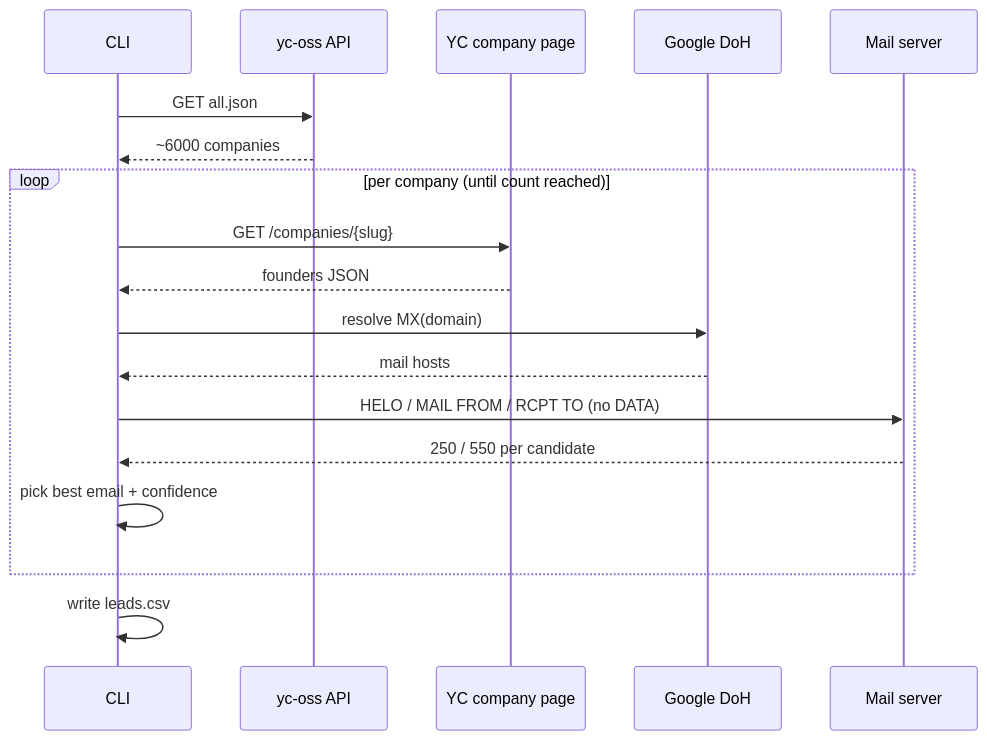
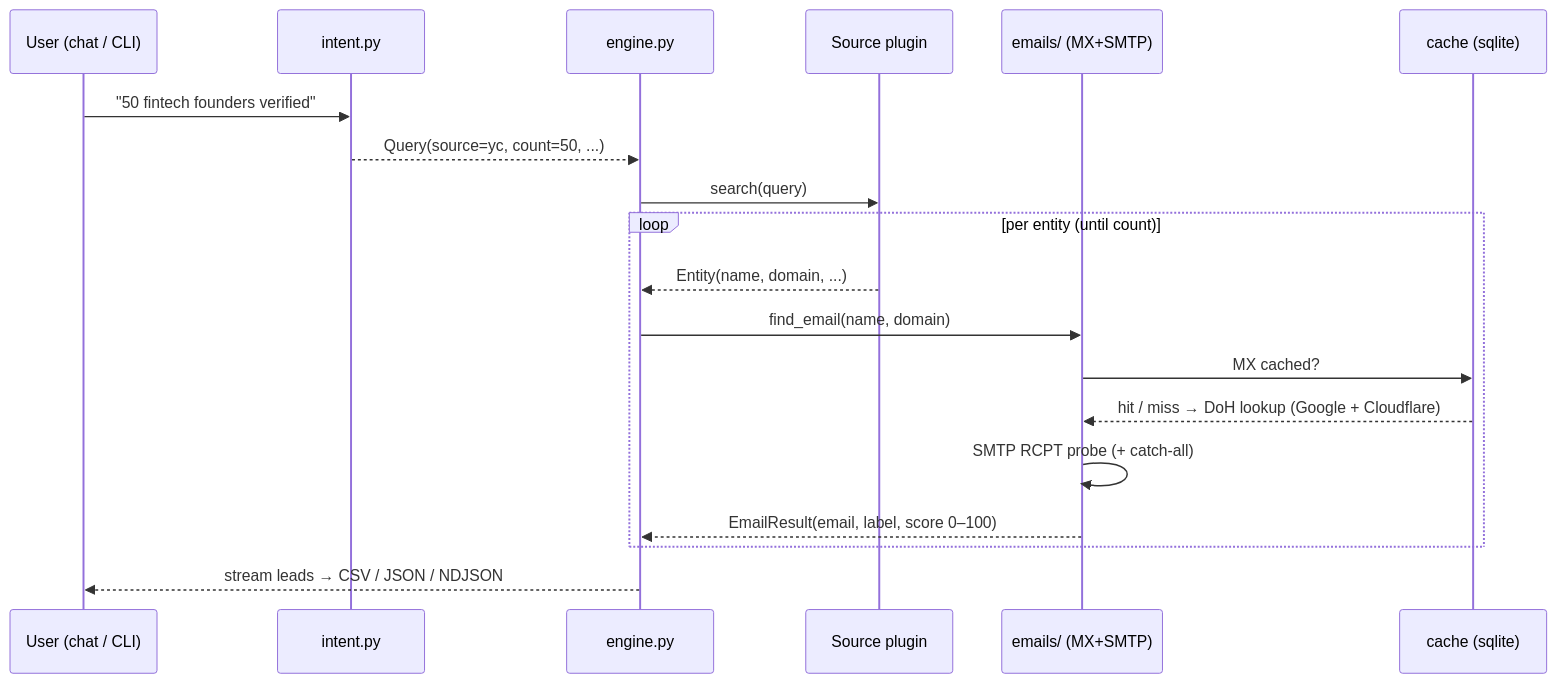
One commit to Samyrrrrrr990/openleads changed the diagram in docs/architecture.md. Above: the diagram before and after it, drawn with Mermaid. The commit also changed other lines of this file and 48 other files, not shown here.

First line of the commit message:
feat!: OpenLeads v2.0 — Apollo for everyone (pluggable sources + chat CLI)

````diff
--- a/docs/architecture.md
+++ b/docs/architecture.md
@@ -34,21 +45,22 @@
 ```mermaid
 sequenceDiagram
-    participant CLI
-    participant YC as yc-oss API
-    participant Page as YC company page
-    participant DNS as Google DoH
-    participant MX as Mail server
+    participant U as User (chat / CLI)
+    participant I as intent.py
+    participant E as engine.py
+    participant S as Source plugin
+    participant M as emails/ (MX+SMTP)
+    participant K as cache (sqlite)
 
-    CLI->>YC: GET all.json
-    YC-->>CLI: ~6000 companies
-    loop per company (until count reached)
-        CLI->>Page: GET /companies/{slug}
-        Page-->>CLI: founders JSON
-        CLI->>DNS: resolve MX(domain)
-        DNS-->>CLI: mail hosts
-        CLI->>MX: HELO / MAIL FROM / RCPT TO (no DATA)
-        MX-->>CLI: 250 / 550 per candidate
-        CLI->>CLI: pick best email + confidence
+    U->>I: "50 fintech founders verified"
+    I-->>E: Query(source=yc, count=50, ...)
+    E->>S: search(query)
+    loop per entity (until count)
+        S-->>E: Entity(name, domain, ...)
+        E->>M: find_email(name, domain)
+        M->>K: MX cached?
+        K-->>M: hit / miss → DoH lookup (Google + Cloudflare)
+        M->>M: SMTP RCPT probe (+ catch-all)
+        M-->>E: EmailResult(email, label, score 0–100)
     end
-    CLI->>CLI: write leads.csv
+    E-->>U: stream leads → CSV / JSON / NDJSON
 ```
````
